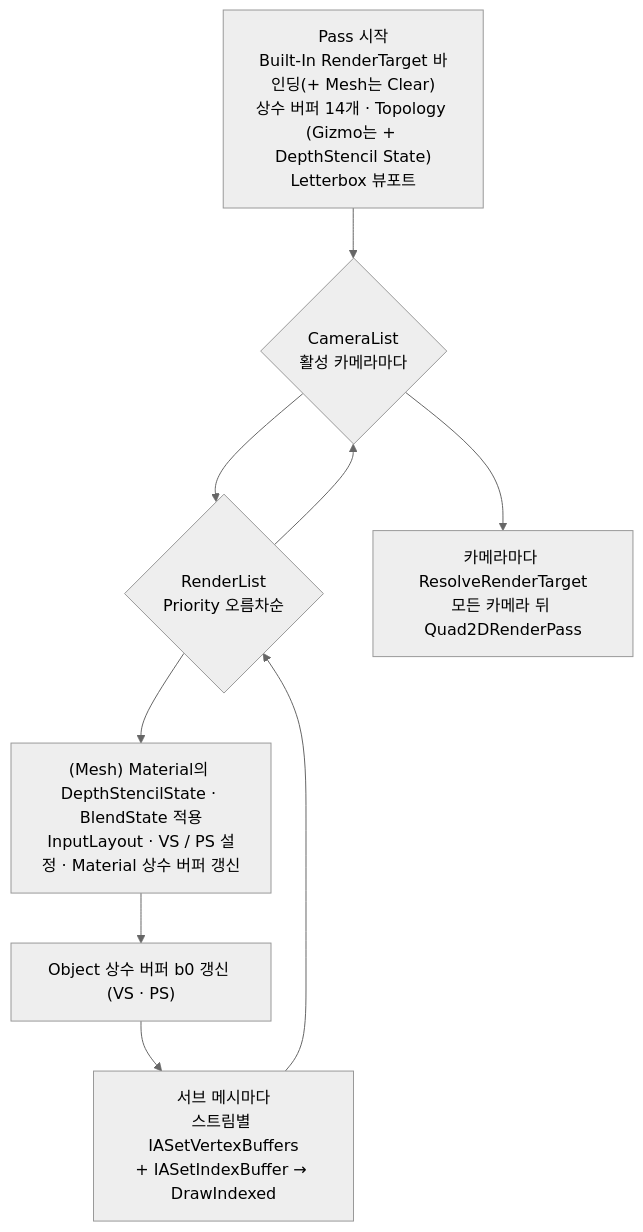
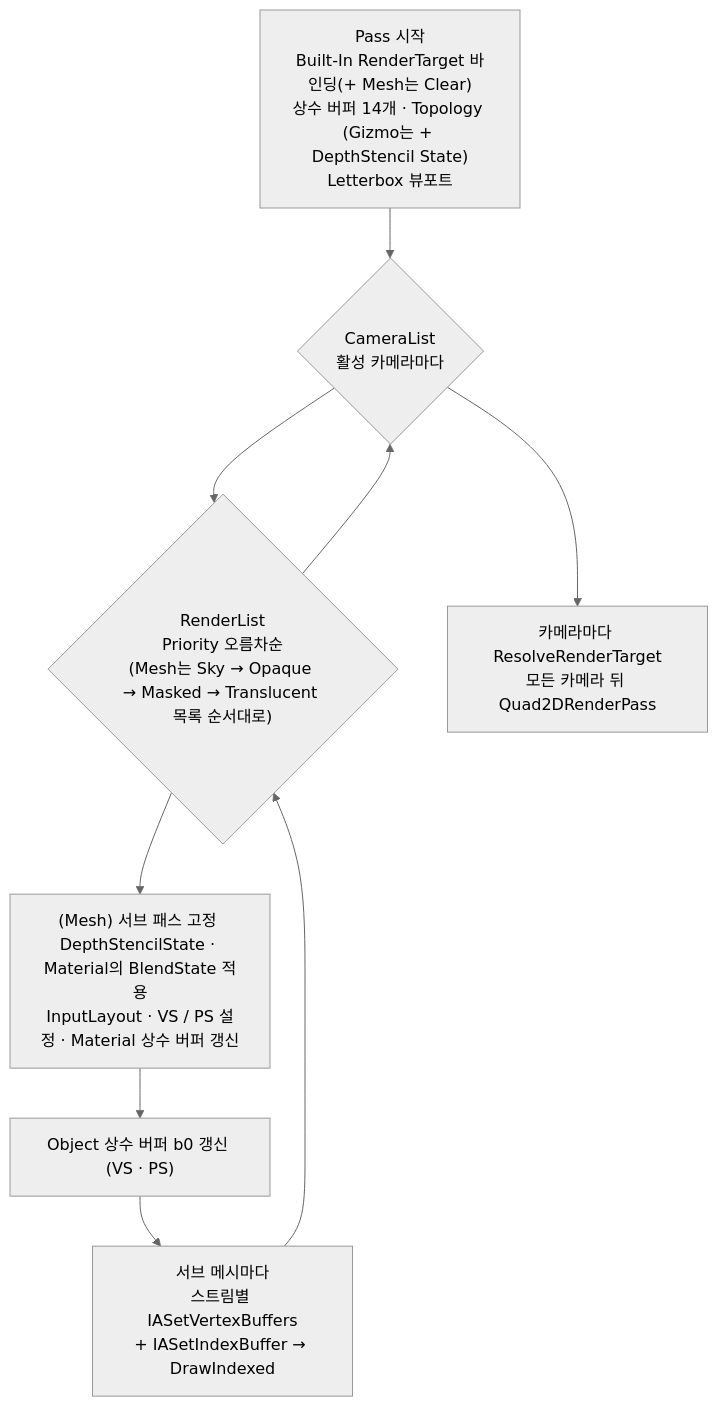
One commit to Gat-Young/ForestPearlEngine changed the ninth of 26 diagrams in README.md. Above: the diagram before and after it, drawn with Mermaid (neutral theme). The commit also changed other lines of this file, not shown here.

````diff
--- a/README.md
+++ b/README.md
@@ -935,11 +937,11 @@
 ```mermaid
 flowchart TD
     S["Pass 시작<br/>Built-In RenderTarget 바인딩(+ Mesh는 Clear)<br/>상수 버퍼 14개 · Topology (Gizmo는 + DepthStencil State)<br/>Letterbox 뷰포트"] --> C{"CameraList<br/>활성 카메라마다"}
-    C --> I{"RenderList<br/>Priority 오름차순"}
-    I --> ST["(Mesh) Material의 DepthStencilState · BlendState 적용<br/>InputLayout · VS / PS 설정 · Material 상수 버퍼 갱신"]
+    C --> I{"RenderList<br/>Priority 오름차순<br/>(Mesh는 Sky → Opaque → Masked → Translucent 목록 순서대로)"}
+    I --> ST["(Mesh) 서브 패스 고정 DepthStencilState · Material의 BlendState 적용<br/>InputLayout · VS / PS 설정 · Material 상수 버퍼 갱신"]
     ST --> MVP["Object 상수 버퍼 b0 갱신 (VS · PS)"]
     MVP --> DR["서브 메시마다<br/>스트림별 IASetVertexBuffers<br/>+ IASetIndexBuffer → DrawIndexed"]
     DR --> I
     I --> C
     C --> RS["카메라마다 ResolveRenderTarget<br/>모든 카메라 뒤 Quad2DRenderPass"]
 ```
````
